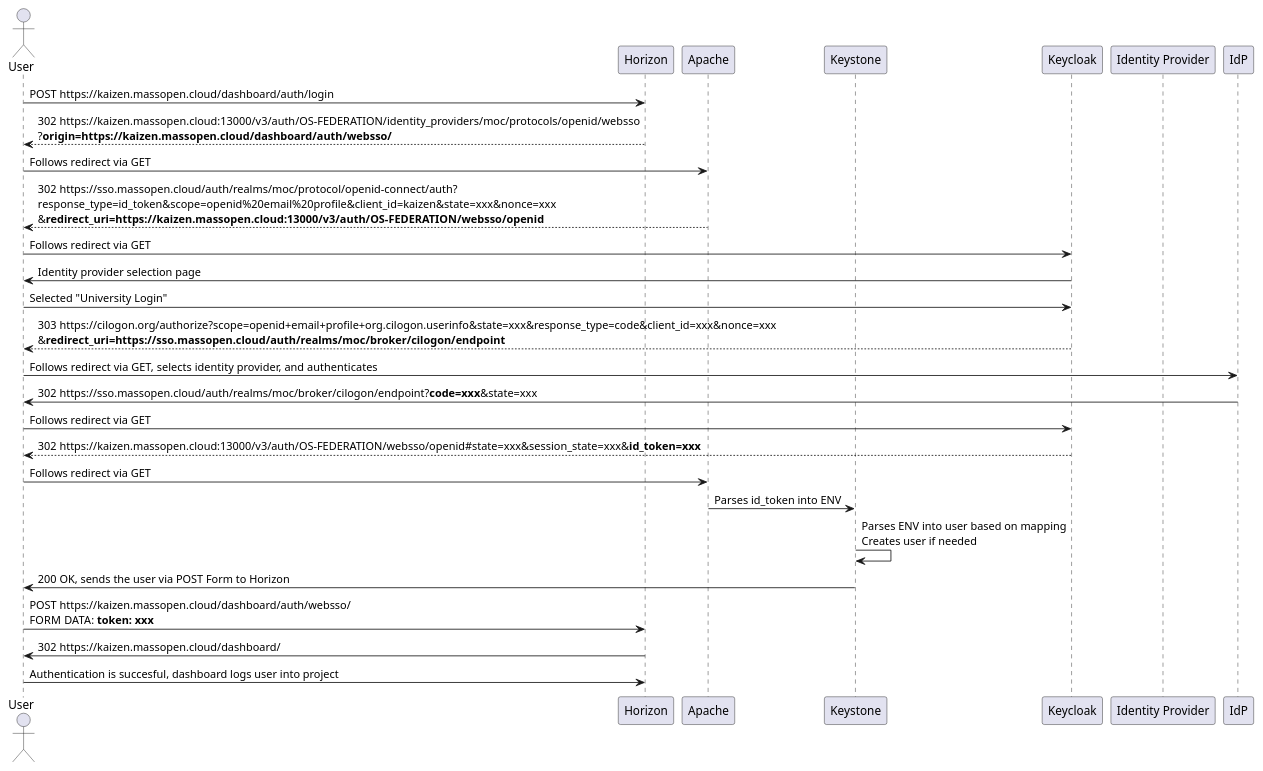
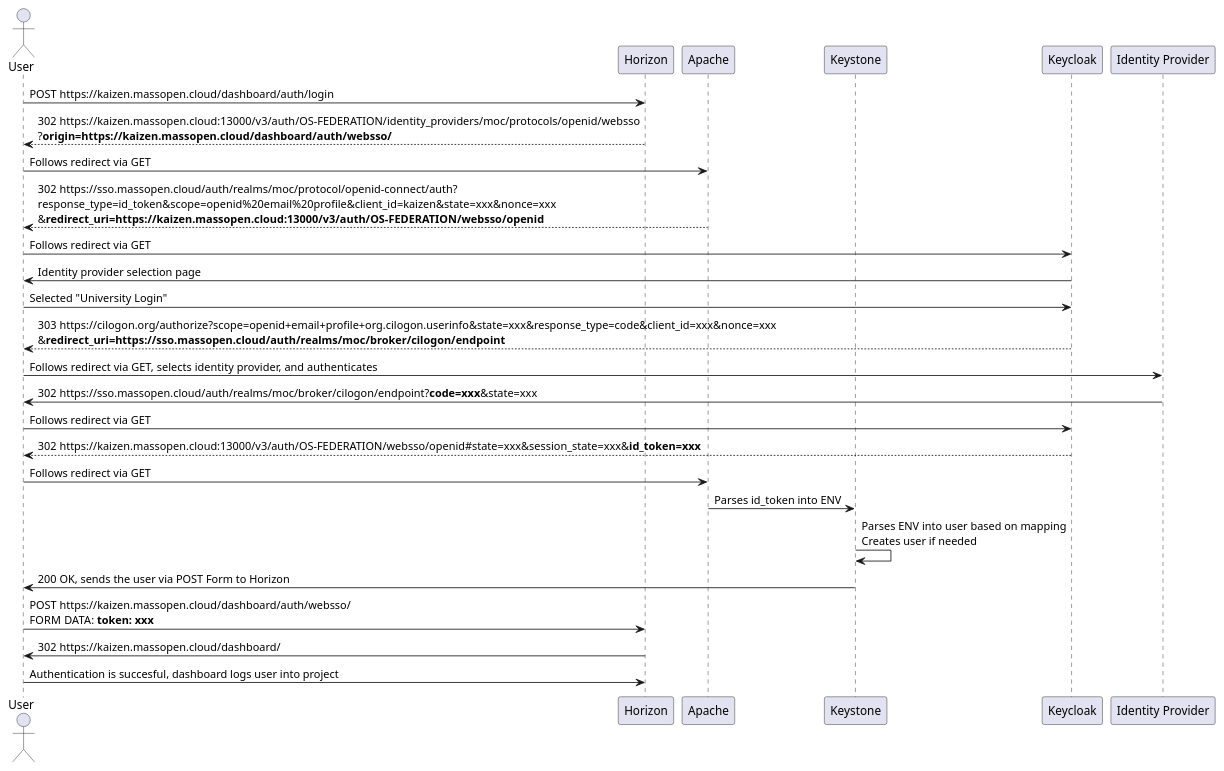
Before and after one commit to CCI-MOC/sso: the first of 2 diagrams in docs/diagrams/openstack.puml, drawn with PlantUML. The commit also changed 1 other file, not shown here.

Commit message:
Fix two idps in diagram

```diff
--- a/docs/diagrams/openstack.puml
+++ b/docs/diagrams/openstack.puml
@@ -1,31 +1,31 @@
 @startuml openstack-authn-sequence
 skinparam responseMessageBelowArrow true
 
 actor User
 participant Horizon
 participant Apache
 participant Keystone
 participant Keycloak
 participant "Identity Provider" as Idp
 
 User -> Horizon: POST https://kaizen.massopen.cloud/dashboard/auth/login
 Horizon --> User: 302 https://kaizen.massopen.cloud:13000/v3/auth/OS-FEDERATION/identity_providers/moc/protocols/openid/websso\n?**origin=https://kaizen.massopen.cloud/dashboard/auth/websso/**
 User -> Apache: Follows redirect via GET
 Apache --> User: 302 https://sso.massopen.cloud/auth/realms/moc/protocol/openid-connect/auth?\nresponse_type=id_token&scope=openid%20email%20profile&client_id=kaizen&state=xxx&nonce=xxx\n&**redirect_uri=https://kaizen.massopen.cloud:13000/v3/auth/OS-FEDERATION/websso/openid**
 User -> Keycloak: Follows redirect via GET
 Keycloak -> User: Identity provider selection page
 User -> Keycloak: Selected "University Login"
 Keycloak --> User: 303 https://cilogon.org/authorize?scope=openid+email+profile+org.cilogon.userinfo&state=xxx&response_type=code&client_id=xxx&nonce=xxx\n\
 &**redirect_uri=https://sso.massopen.cloud/auth/realms/moc/broker/cilogon/endpoint**
-User -> IdP: Follows redirect via GET, selects identity provider, and authenticates
-IdP -> User: 302 https://sso.massopen.cloud/auth/realms/moc/broker/cilogon/endpoint?**code=xxx**&state=xxx
+User -> Idp: Follows redirect via GET, selects identity provider, and authenticates
+Idp -> User: 302 https://sso.massopen.cloud/auth/realms/moc/broker/cilogon/endpoint?**code=xxx**&state=xxx
 User -> Keycloak: Follows redirect via GET
 Keycloak --> User: 302 https://kaizen.massopen.cloud:13000/v3/auth/OS-FEDERATION/websso/openid#state=xxx&session_state=xxx&**id_token=xxx**
 User -> Apache: Follows redirect via GET
 Apache -> Keystone: Parses id_token into ENV
 Keystone -> Keystone: Parses ENV into user based on mapping\nCreates user if needed
 Keystone -> User: 200 OK, sends the user via POST Form to Horizon
 User -> Horizon: POST https://kaizen.massopen.cloud/dashboard/auth/websso/\nFORM DATA: **token: xxx**
 Horizon -> User: 302 https://kaizen.massopen.cloud/dashboard/
 User -> Horizon: Authentication is succesful, dashboard logs user into project
 @enduml
```
